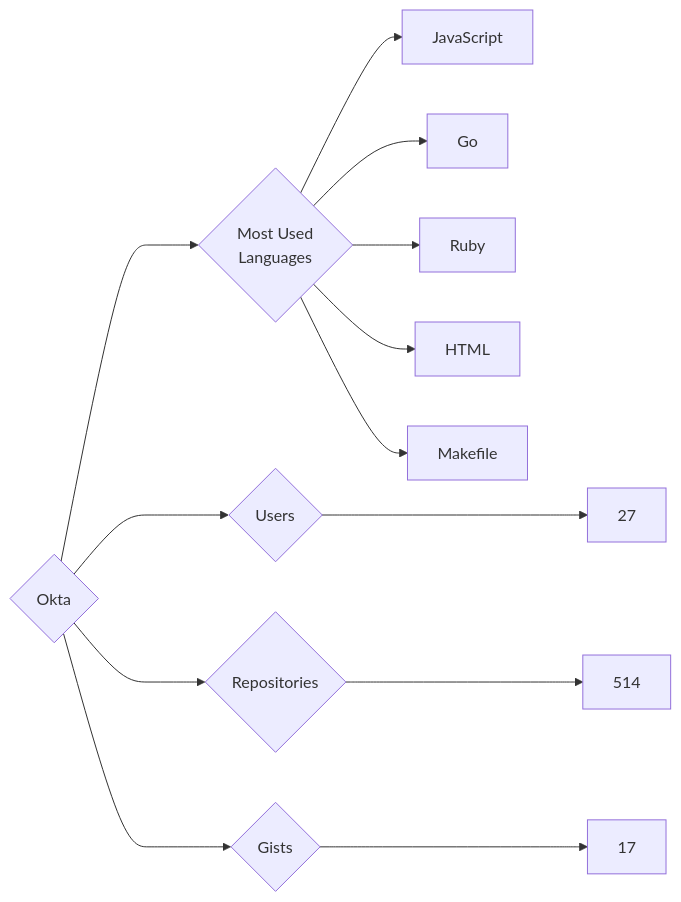
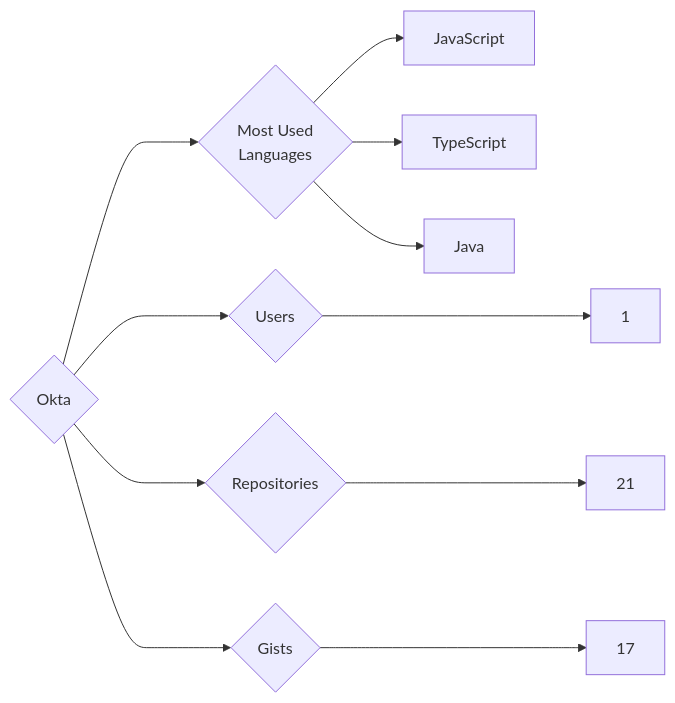
One commit to trickest/insiders changed the diagram in targets/Okta/README.md. Above: the diagram before and after it, drawn with Mermaid. The commit also changed 1011 other files, not shown here.

````diff
--- a/targets/Okta/README.md
+++ b/targets/Okta/README.md
@@ -3,13 +3,11 @@
 ```mermaid
 graph LR
 COMPANY_NAME{Okta}
-COMPANY_NAME ---> U{Users} ---> UN[27]
-COMPANY_NAME ---> R{Repositories} ---> RN[514]
+COMPANY_NAME ---> U{Users} ---> UN[1]
+COMPANY_NAME ---> R{Repositories} ---> RN[21]
 COMPANY_NAME ---> G{Gists} ---> GN[17]
 COMPANY_NAME ---> ML{Most Used<br>Languages}
 ML --> JavaScript[JavaScript]
-ML --> Go[Go]
-ML --> Ruby[Ruby]
-ML --> HTML[HTML]
-ML --> Makefile[Makefile]
+ML --> TypeScript[TypeScript]
+ML --> Java[Java]
 ```
````
